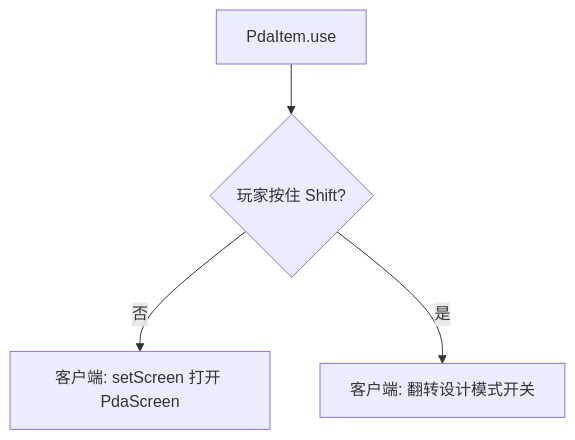
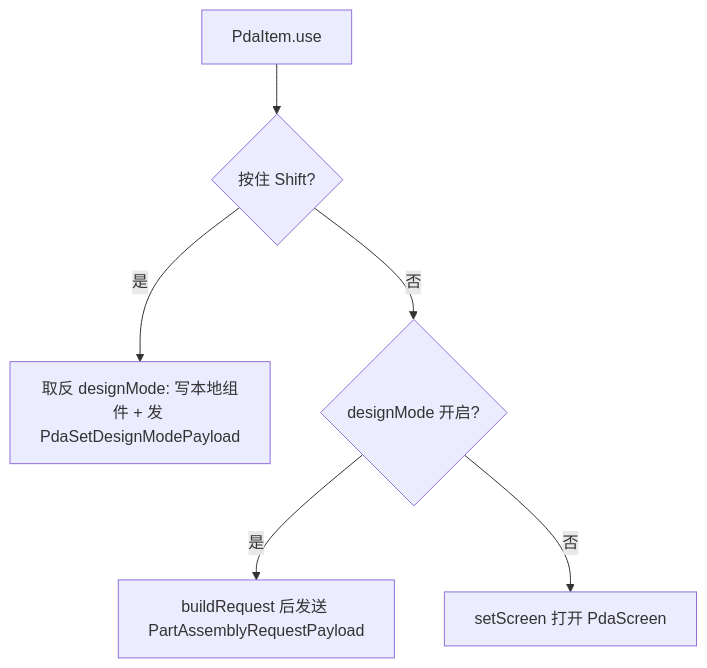
The first of 5 diagrams in docs/PDA蓝图终端-详细设计文档.md (Sweetzonzi/Machine-Max), drawn with Mermaid before and after one commit. The commit also changed other lines of this file and 3 other files, not shown here.

Commit message:
更新 PDA 蓝图终端设计文档与 HUD 原型：条目收敛为配方 id 有序映射，设计模式与格位并入 PDA_DATA 组件，PartAssemblyItem.getPartType 改为可覆写实例方法并新增静态派发 partTypeOf，原型页新增扁平黑底橙竖线的设计模式横幅

````diff
--- a/docs/PDA蓝图终端-详细设计文档.md
+++ b/docs/PDA蓝图终端-详细设计文档.md
@@ -142,6 +147,8 @@
 ```mermaid
 flowchart TD
-    A[PdaItem.use] --> B{玩家按住 Shift?}
-    B -->|否| C[客户端: setScreen 打开 PdaScreen]
-    B -->|是| D[客户端: 翻转设计模式开关]
+    A[PdaItem.use] --> B{按住 Shift?}
+    B -->|是| C[取反 designMode: 写本地组件 + 发 PdaSetDesignModePayload]
+    B -->|否| D{designMode 开启?}
+    D -->|是| E[buildRequest 后发送 PartAssemblyRequestPayload]
+    D -->|否| F[setScreen 打开 PdaScreen]
 ```
````
